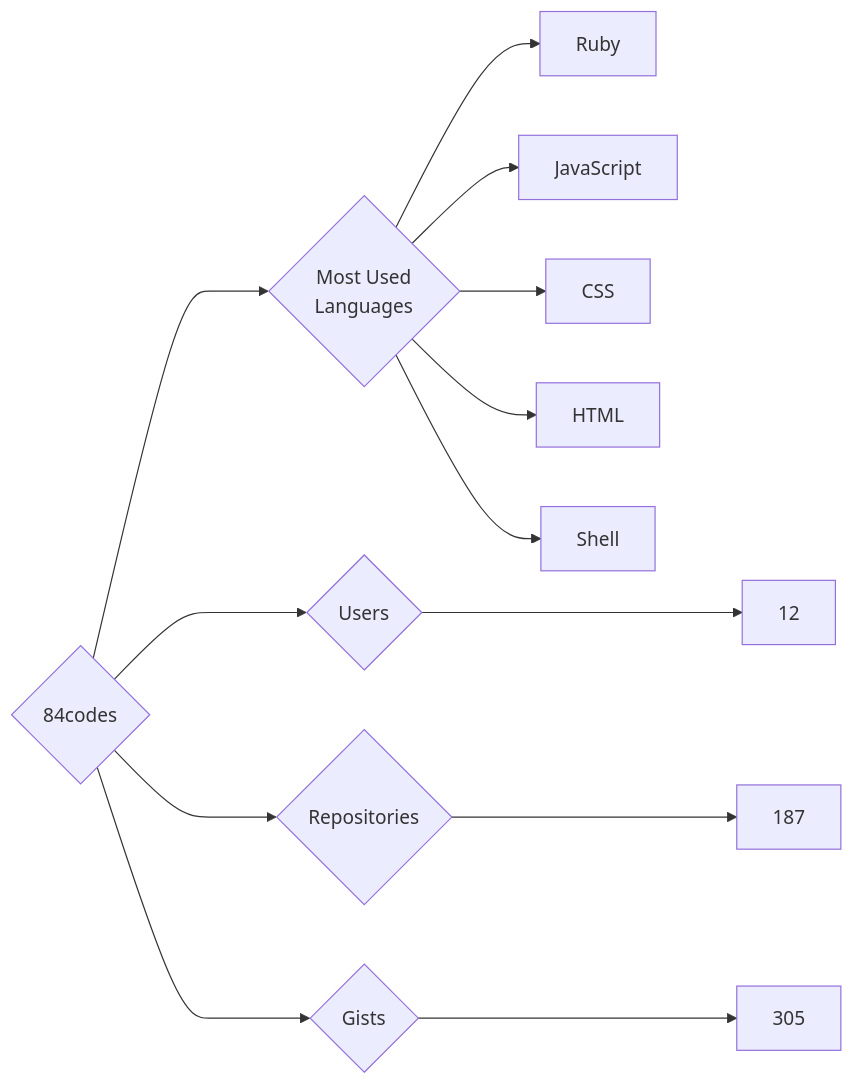
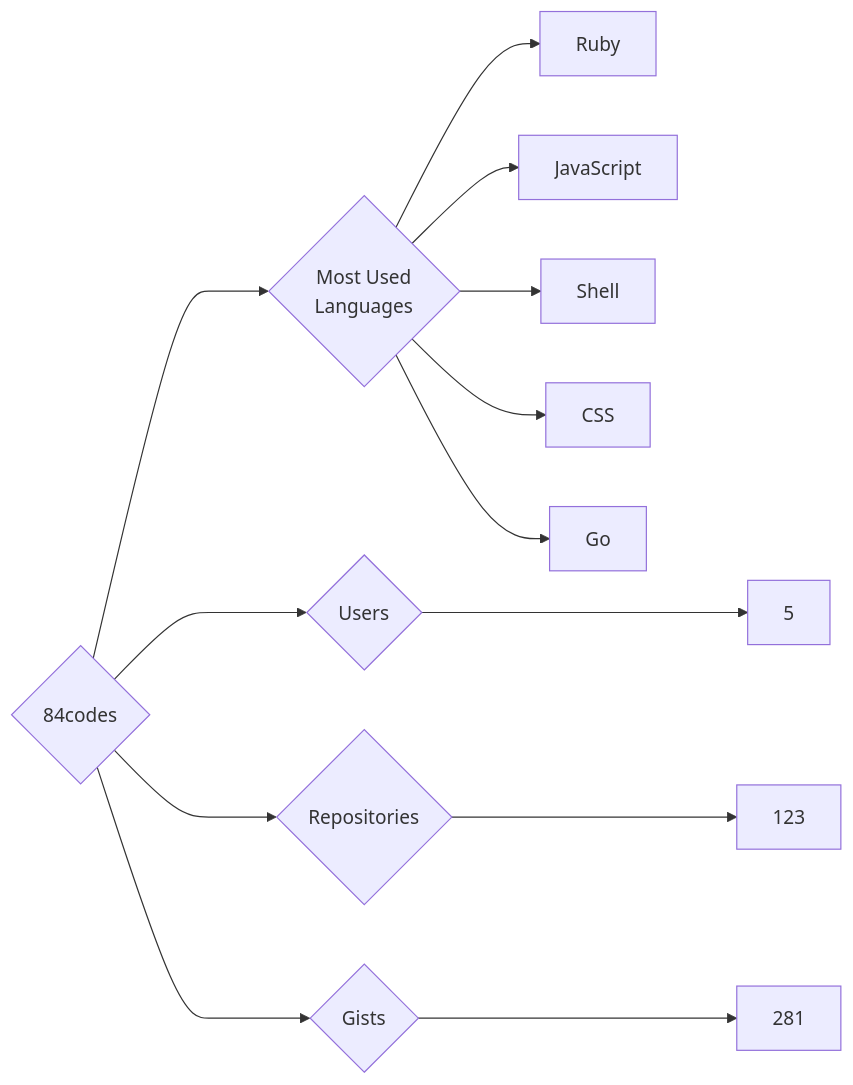
One commit to trickest/insiders changed the diagram in targets/84codes/README.md. Above: the diagram before and after it, drawn with Mermaid. The commit also changed 639 other files, not shown here.

````diff
--- a/targets/84codes/README.md
+++ b/targets/84codes/README.md
@@ -3,13 +3,13 @@
 ```mermaid
 graph LR
 COMPANY_NAME{84codes}
-COMPANY_NAME ---> U{Users} ---> UN[12]
-COMPANY_NAME ---> R{Repositories} ---> RN[187]
-COMPANY_NAME ---> G{Gists} ---> GN[305]
+COMPANY_NAME ---> U{Users} ---> UN[5]
+COMPANY_NAME ---> R{Repositories} ---> RN[123]
+COMPANY_NAME ---> G{Gists} ---> GN[281]
 COMPANY_NAME ---> ML{Most Used<br>Languages}
 ML --> Ruby[Ruby]
 ML --> JavaScript[JavaScript]
+ML --> Shell[Shell]
 ML --> CSS[CSS]
-ML --> HTML[HTML]
-ML --> Shell[Shell]
+ML --> Go[Go]
 ```
````
